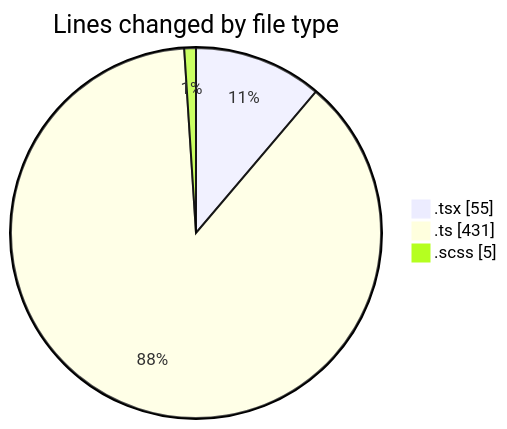
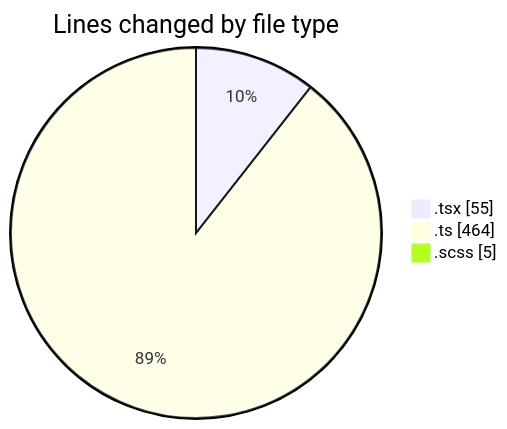
The first of 2 diagrams in 2025-10-07/cda/README.md (momahboobian/code-tracking), drawn with Mermaid before and after one commit. The commit also changed other lines of this file and 1 other file, not shown here.

````diff
--- a/2025-10-07/cda/README.md
+++ b/2025-10-07/cda/README.md
@@ -25,7 +25,7 @@
 ```mermaid
 pie showData
 title Lines changed by file type
 ".tsx" : 55
-".ts" : 431
+".ts" : 464
 ".scss" : 5
 ```
````
